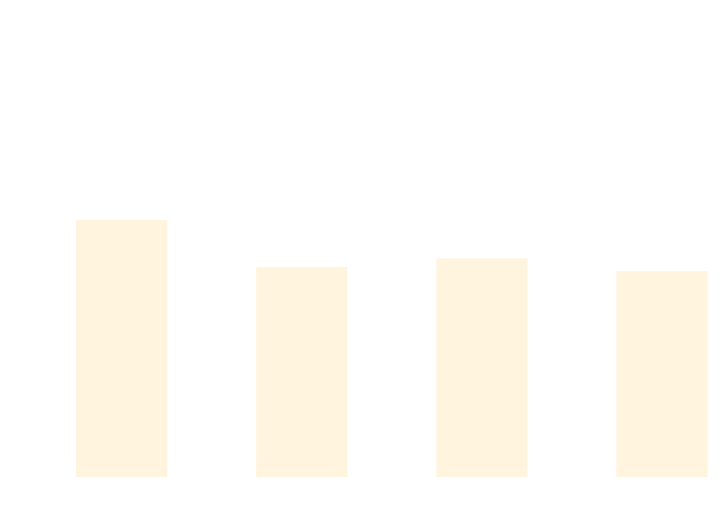
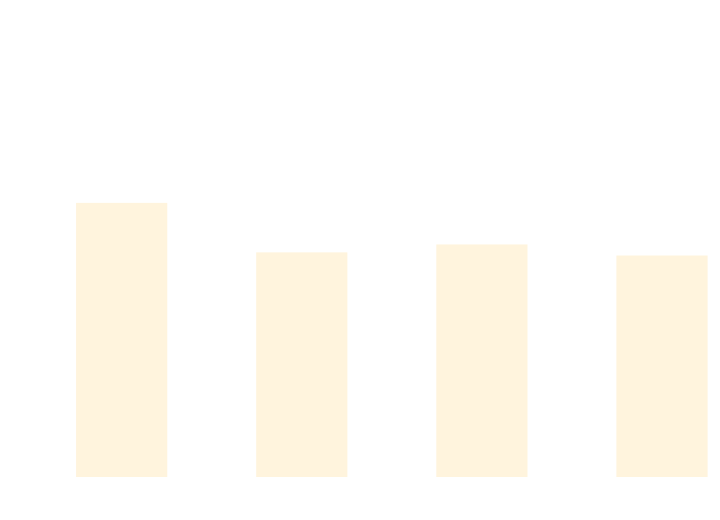
One commit to thomhurst/TUnit changed the diagram in docs/docs/benchmarks/BuildTime.md. Above: the diagram before and after it, drawn with Mermaid. The commit also changed other lines of this file and 17 other files, not shown here.

````diff
--- a/docs/docs/benchmarks/BuildTime.md
+++ b/docs/docs/benchmarks/BuildTime.md
@@ -28,37 +28,37 @@
 ```mermaid
 %%{init: {
   'theme':'base',
   'themeVariables': {
     'primaryColor': '#2563eb',
     'primaryTextColor': '#ffffff',
     'primaryBorderColor': '#1e40af',
     'lineColor': '#6b7280',
     'secondaryColor': '#7c3aed',
     'tertiaryColor': '#dc2626',
     'background': '#ffffff',
     'mainBkg': '#2563eb',
     'secondBkg': '#7c3aed',
     'tertiaryBkg': '#dc2626',
     'clusterBkg': '#f3f4f6',
     'edgeLabelBackground': '#ffffff',
     'tertiaryTextColor': '#1f2937',
     'pie1': '#2563eb',
     'pie2': '#7c3aed',
     'pie3': '#dc2626',
     'pie4': '#f59e0b',
     'pie5': '#10b981',
     'pie6': '#06b6d4',
     'pie7': '#ec4899',
     'pie8': '#6366f1',
     'pie9': '#84cc16',
     'pie10': '#f97316',
     'pie11': '#14b8a6',
     'pie12': '#a855f7'
   }
 }}%%
 xychart-beta
   title "Build Time Comparison"
   x-axis ["Build_TUnit", "Build_NUnit", "Build_MSTest", "Build_xUnit3"]
   y-axis "Time (s)" 0 --> 3
-  bar [1.827, 1.483, 1.545, 1.451]
+  bar [1.952, 1.589, 1.647, 1.566]
 ```
````
